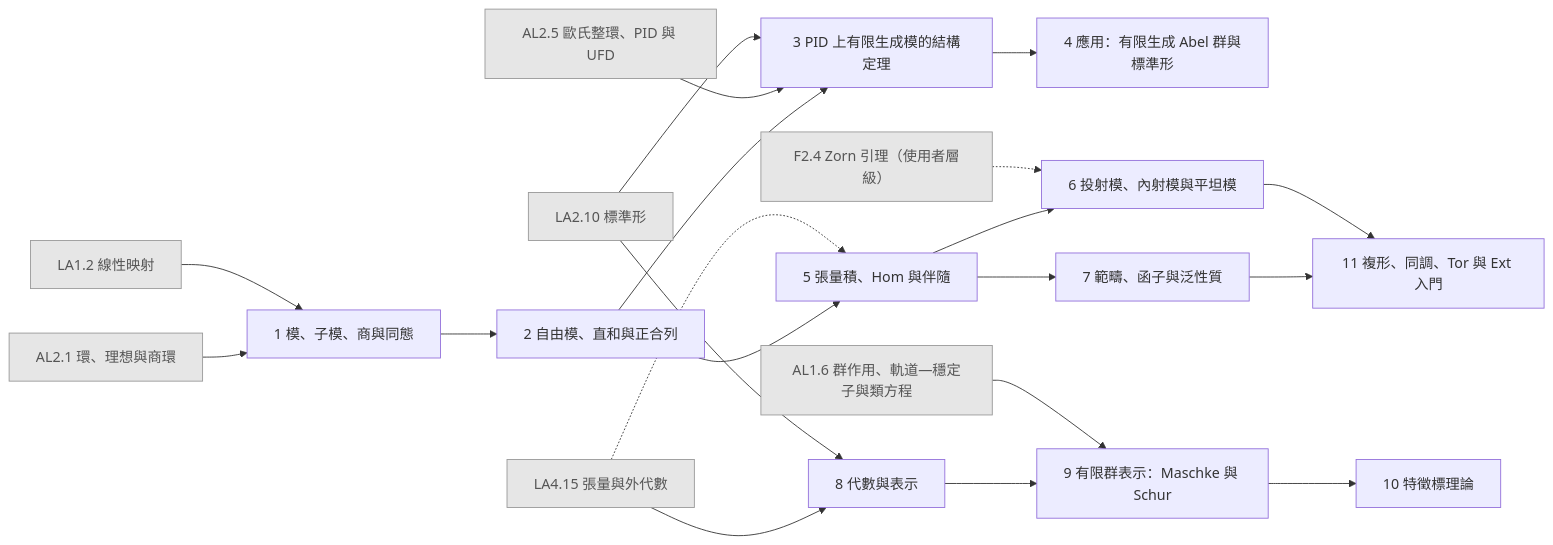
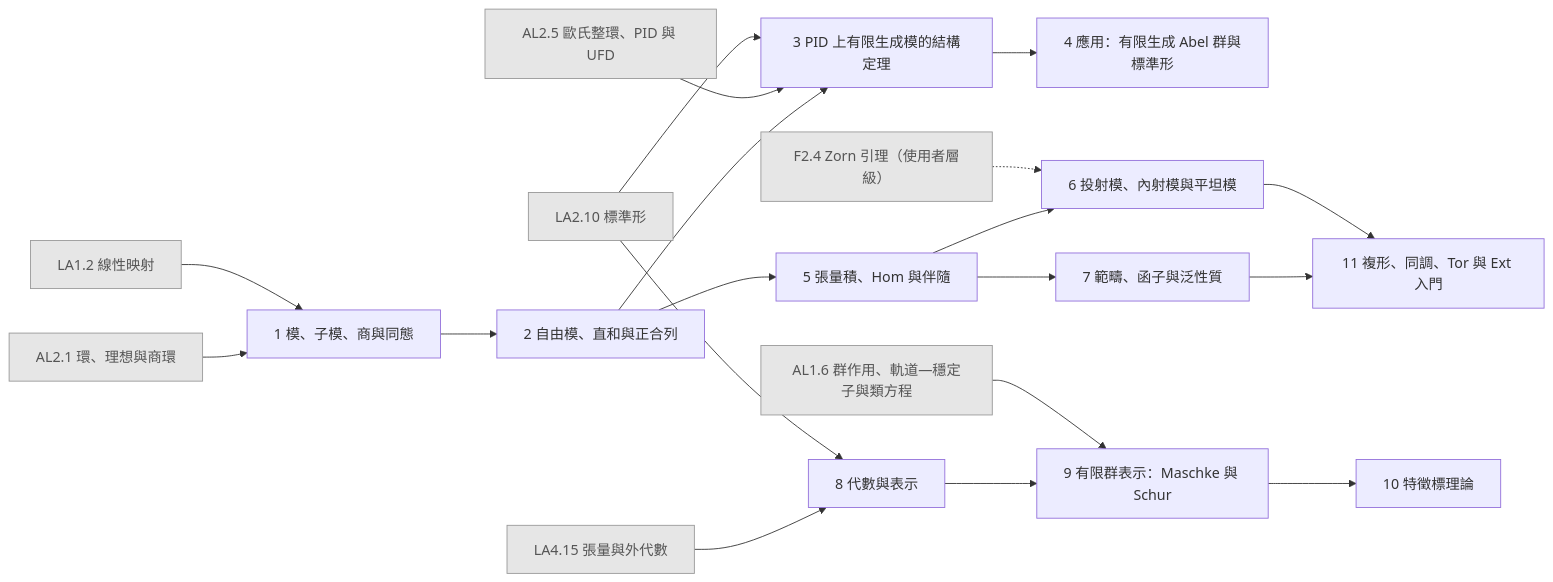
The diagram in generated/chapters/AL4.mmd (AkizumiFox/math-atlas), drawn with Mermaid before and after one commit. The commit also changed 8 other files, not shown here.

```diff
--- a/generated/chapters/AL4.mmd
+++ b/generated/chapters/AL4.mmd
@@ -1,41 +1,40 @@
 flowchart LR
   F2_4["F2.4 Zorn 引理（使用者層級）"]:::ext
   LA1_2["LA1.2 線性映射"]:::ext
   LA2_10["LA2.10 標準形"]:::ext
   LA4_15["LA4.15 張量與外代數"]:::ext
   AL1_6["AL1.6 群作用、軌道—穩定子與類方程"]:::ext
   AL2_1["AL2.1 環、理想與商環"]:::ext
   AL2_5["AL2.5 歐氏整環、PID 與 UFD"]:::ext
   AL4_1["1 模、子模、商與同態"]
   AL4_2["2 自由模、直和與正合列"]
   AL4_3["3 PID 上有限生成模的結構定理"]
   AL4_4["4 應用：有限生成 Abel 群與標準形"]
   AL4_5["5 張量積、Hom 與伴隨"]
   AL4_6["6 投射模、內射模與平坦模"]
   AL4_7["7 範疇、函子與泛性質"]
   AL4_8["8 代數與表示"]
   AL4_9["9 有限群表示：Maschke 與 Schur"]
   AL4_10["10 特徵標理論"]
   AL4_11["11 複形、同調、Tor 與 Ext 入門"]
   LA1_2 --> AL4_1
   AL2_1 --> AL4_1
   AL4_1 --> AL4_2
   LA2_10 --> AL4_3
   AL2_5 --> AL4_3
   AL4_2 --> AL4_3
   AL4_3 --> AL4_4
-  LA4_15 -.-> AL4_5
   AL4_2 --> AL4_5
   F2_4 -.-> AL4_6
   AL4_5 --> AL4_6
   AL4_5 --> AL4_7
   LA2_10 --> AL4_8
   LA4_15 --> AL4_8
   AL1_6 --> AL4_9
   AL4_8 --> AL4_9
   AL4_9 --> AL4_10
   AL4_6 --> AL4_11
   AL4_7 --> AL4_11
   classDef ext fill:#e6e6e6,stroke:#999,color:#555
   classDef opt fill:#fff,stroke:#999,stroke-dasharray:4 3,color:#555
   classDef segb fill:#f6f6fb,stroke:#99a,color:#333
```
